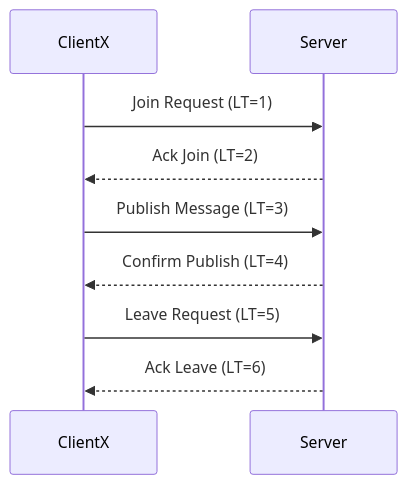
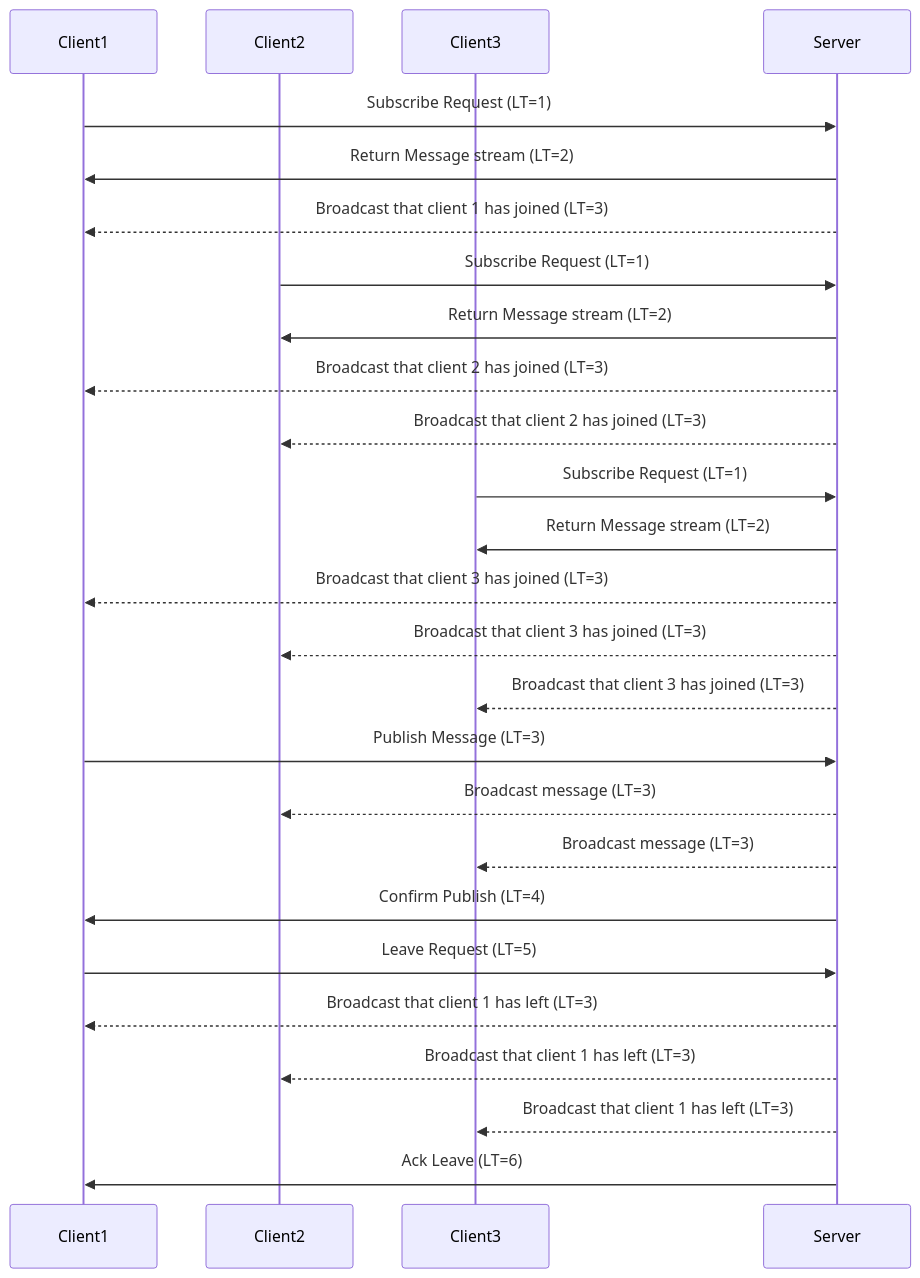
The diagram in readme.md (Joha6210/DistributedSystems-Handin3), drawn with Mermaid before and after one commit.

Commit message:
updated sequence diagram

````diff
--- a/readme.md
+++ b/readme.md
@@ -78,11 +78,28 @@
 ```mermaid
 sequenceDiagram
-    participant ClientX
+    participant Client1
+    participant Client2
+    participant Client3
     participant Server
-    ClientX->>Server: Join Request (LT=1)
-    Server-->>ClientX: Ack Join (LT=2)
-    ClientX->>Server: Publish Message (LT=3)
-    Server-->>ClientX: Confirm Publish (LT=4)
-    ClientX->>Server: Leave Request (LT=5)
-    Server-->>ClientX: Ack Leave (LT=6)
+    Client1->>Server: Subscribe Request (LT=1)
+    Server->>Client1: Return Message stream (LT=2)
+    Server-->>Client1: Broadcast that client 1 has joined (LT=3)
+    Client2->>Server: Subscribe Request (LT=1)
+    Server->>Client2: Return Message stream (LT=2)
+    Server-->>Client1: Broadcast that client 2 has joined (LT=3)
+    Server-->>Client2: Broadcast that client 2 has joined (LT=3)
+    Client3->>Server: Subscribe Request (LT=1)
+    Server->>Client3: Return Message stream (LT=2)
+    Server-->>Client1: Broadcast that client 3 has joined (LT=3)
+    Server-->>Client2: Broadcast that client 3 has joined (LT=3)
+    Server-->>Client3: Broadcast that client 3 has joined (LT=3)
+    Client1->>Server: Publish Message (LT=3)
+    Server-->>Client2: Broadcast message  (LT=3)
+    Server-->>Client3: Broadcast message (LT=3)
+    Server->>Client1: Confirm Publish (LT=4)
+    Client1->>Server: Leave Request (LT=5)
+    Server-->>Client1: Broadcast that client 1 has left (LT=3)
+    Server-->>Client2: Broadcast that client 1 has left (LT=3)
+    Server-->>Client3: Broadcast that client 1 has left (LT=3)
+    Server->>Client1: Ack Leave (LT=6)
 ```
````
